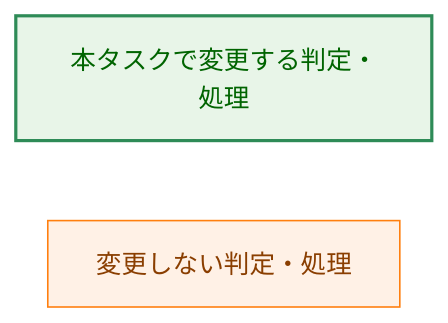
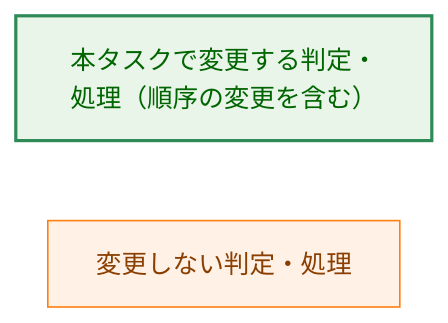
One commit to isseis/go-safe-cmd-runner changed diagram 12 of 12 in docs/tasks/0177_multi_group_error_attribution/02_architecture.md. Above: the diagram before and after it, drawn with Mermaid. The commit also changed other lines of this file, not shown here.

First line of the commit message:
docs(0177): revise architecture for timeout, unlimited output, config checks

````diff
--- a/docs/tasks/0177_multi_group_error_attribution/02_architecture.md
+++ b/docs/tasks/0177_multi_group_error_attribution/02_architecture.md
@@ -519,9 +597,9 @@
 ```mermaid
 flowchart LR
     classDef enhanced fill:#e8f5e8,stroke:#2e8b57,stroke-width:2px,color:#006400;
     classDef process fill:#fff1e6,stroke:#ff7f0e,stroke-width:1px,color:#8a3e00;
-    L1["本タスクで変更する判定・処理"]
+    L1["本タスクで変更する判定・処理（順序の変更を含む）"]
     L2["変更しない判定・処理"]
     class L1 enhanced
     class L2 process
 ```
````
